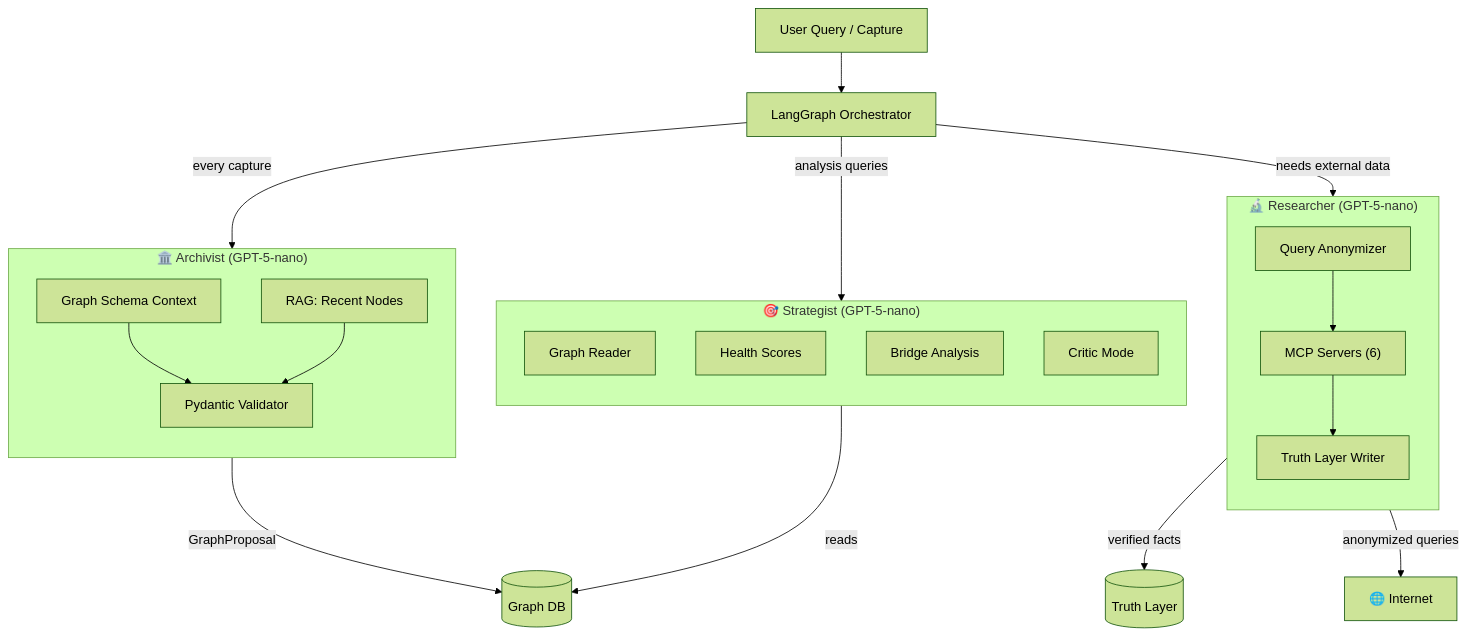
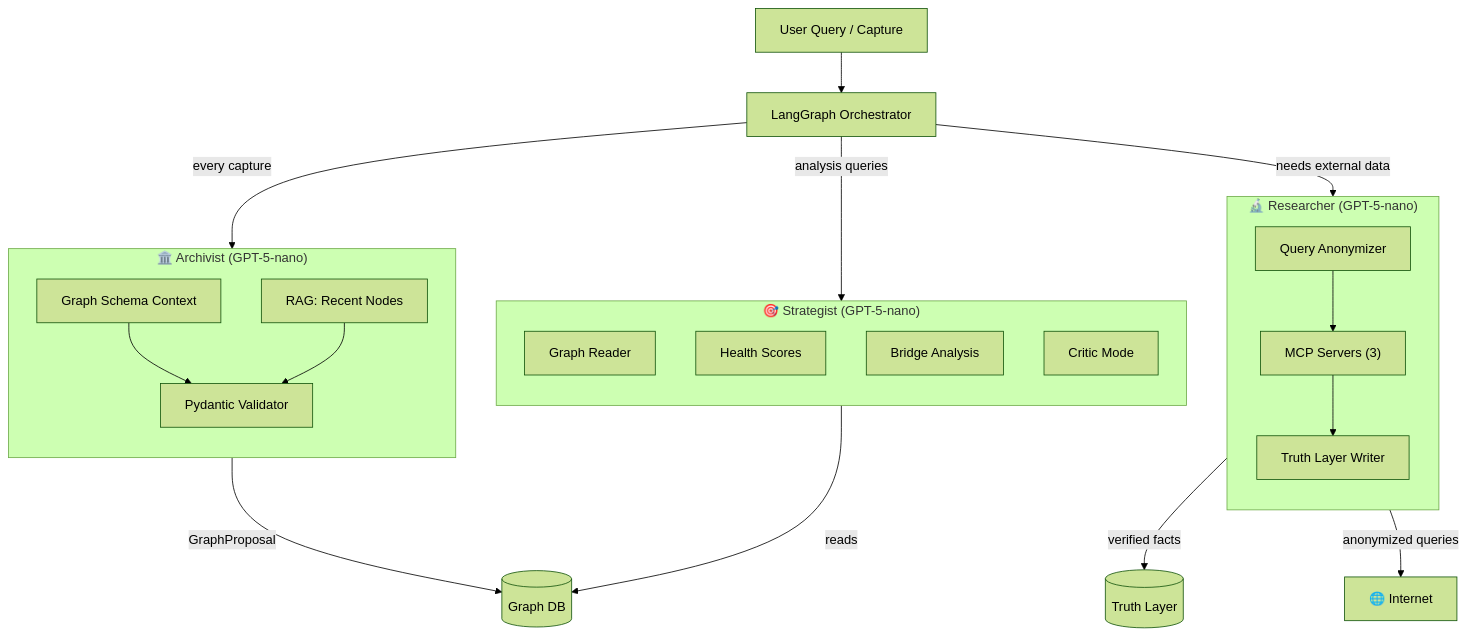
Before and after one commit to dorycui007/Memora: the fourth of 10 diagrams in ARCHITECTURE.md, drawn with Mermaid (forest theme). The commit also changed other lines of this file and 1 other file, not shown here.

Commit message:
Update README and architecture documentation

````diff
--- a/ARCHITECTURE.md
+++ b/ARCHITECTURE.md
@@ -805,41 +799,41 @@
 ```mermaid
 flowchart TB
     Input["User Query / Capture"]
     Orch["LangGraph Orchestrator"]
 
     Input --> Orch
 
     Orch -->|"every capture"| Arch
     Orch -->|"analysis queries"| Strat
     Orch -->|"needs external data"| Res
 
     subgraph Arch["🏛️ Archivist (GPT-5-nano)"]
         direction TB
         A1["Graph Schema Context"]
         A2["RAG: Recent Nodes"]
         A3["Pydantic Validator"]
         A1 --> A3
         A2 --> A3
     end
 
     subgraph Strat["🎯 Strategist (GPT-5-nano)"]
         direction TB
         S1["Graph Reader"]
         S2["Health Scores"]
         S3["Bridge Analysis"]
         S4["Critic Mode"]
     end
 
     subgraph Res["🔬 Researcher (GPT-5-nano)"]
         direction TB
         R1["Query Anonymizer"]
-        R2["MCP Servers (6)"]
+        R2["MCP Servers (3)"]
         R3["Truth Layer Writer"]
         R1 --> R2 --> R3
     end
 
     Arch -->|"GraphProposal"| GraphDB[("Graph DB")]
     Strat -->|"reads"| GraphDB
     Res -->|"verified facts"| TL[("Truth Layer")]
     Res -->|"anonymized queries"| Web["🌐 Internet"]
 ```
````
